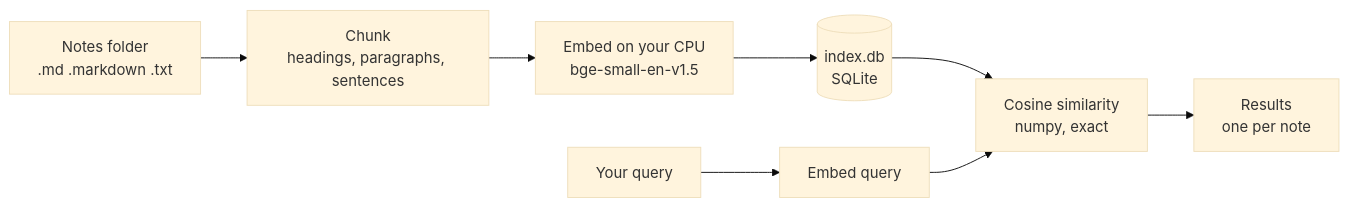
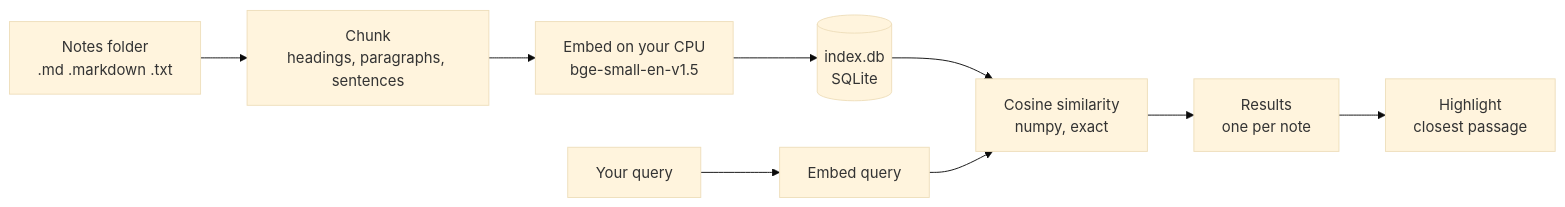
The diagram in README.md (Waiivyy/dejanote), drawn with Mermaid (base theme) before and after one commit. The commit also changed other lines of this file, not shown here.

````diff
--- a/README.md
+++ b/README.md
@@ -273,10 +277,11 @@
 ```mermaid
 flowchart LR
     notes["Notes folder<br/>.md .markdown .txt"] --> chunk["Chunk<br/>headings, paragraphs, sentences"]
     chunk --> embed["Embed on your CPU<br/>bge-small-en-v1.5"]
     embed --> index[("index.db<br/>SQLite")]
     query["Your query"] --> qembed["Embed query"]
     index --> rank["Cosine similarity<br/>numpy, exact"]
     qembed --> rank
     rank --> results["Results<br/>one per note"]
+    results --> highlight["Highlight<br/>closest passage"]
 ```
````
